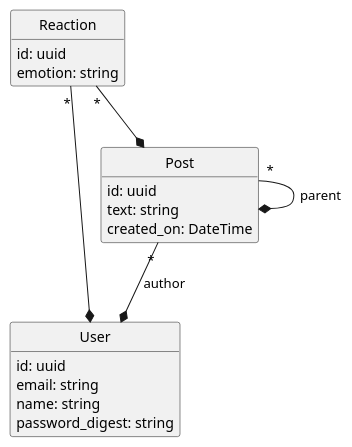
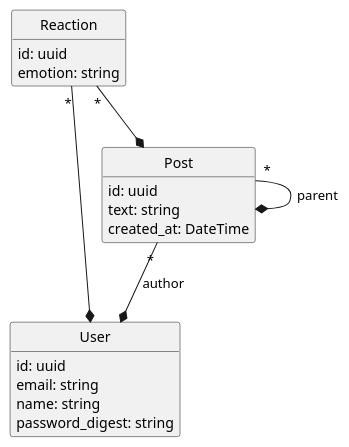
Before and after one commit to Adeynack/graphql_examples: the diagram in model.wsd, drawn with PlantUML. The commit also changed 8 other files, not shown here.

Commit message:
Create GraphQL Types

```diff
--- a/model.wsd
+++ b/model.wsd
@@ -1,30 +1,30 @@
 @startuml Models
 
 hide empty methods
 hide circle
 
 class User {
     id: uuid
     email: string
     name: string
     password_digest: string
 }
 
 class Post {
     id: uuid
     text: string
-    created_on: DateTime
+    created_at: DateTime
 }
 
 Post "*" --* User: author
 Post "*" --* Post: parent
 
 class Reaction {
     id: uuid
     emotion: string
 }
 
 Reaction "*" --* User
 Reaction "*" --* Post
 
 @enduml
```
